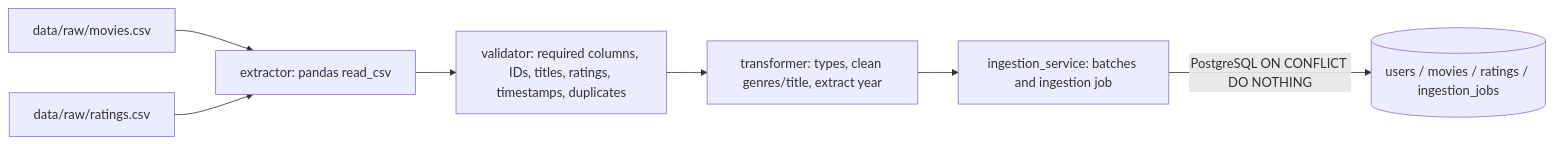
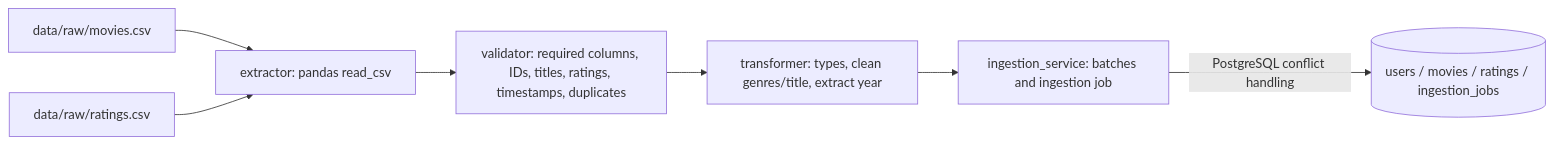
The second of 5 diagrams in docs/architecture/DATA_FLOW.md (Jahsid/movieverse), drawn with Mermaid before and after one commit. The commit also changed other lines of this file and 5 other files, not shown here.

````diff
--- a/docs/architecture/DATA_FLOW.md
+++ b/docs/architecture/DATA_FLOW.md
@@ -27,9 +27,9 @@
 ```mermaid
 flowchart LR
     M[data/raw/movies.csv] --> E[extractor: pandas read_csv]
     R[data/raw/ratings.csv] --> E
     E --> V[validator: required columns, IDs, titles, ratings, timestamps, duplicates]
     V --> T[transformer: types, clean genres/title, extract year]
     T --> I[ingestion_service: batches and ingestion job]
-    I -->|PostgreSQL ON CONFLICT DO NOTHING| DB[(users / movies / ratings / ingestion_jobs)]
+    I -->|PostgreSQL conflict handling| DB[(users / movies / ratings / ingestion_jobs)]
 ```
````
